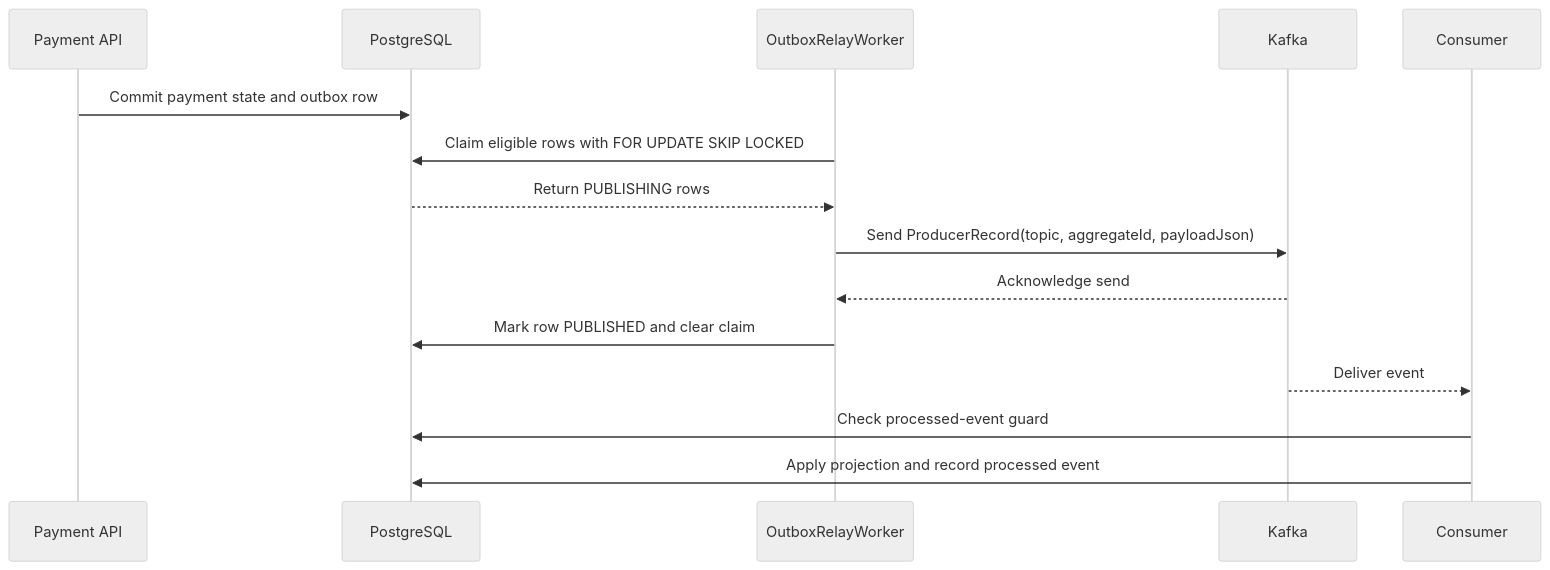
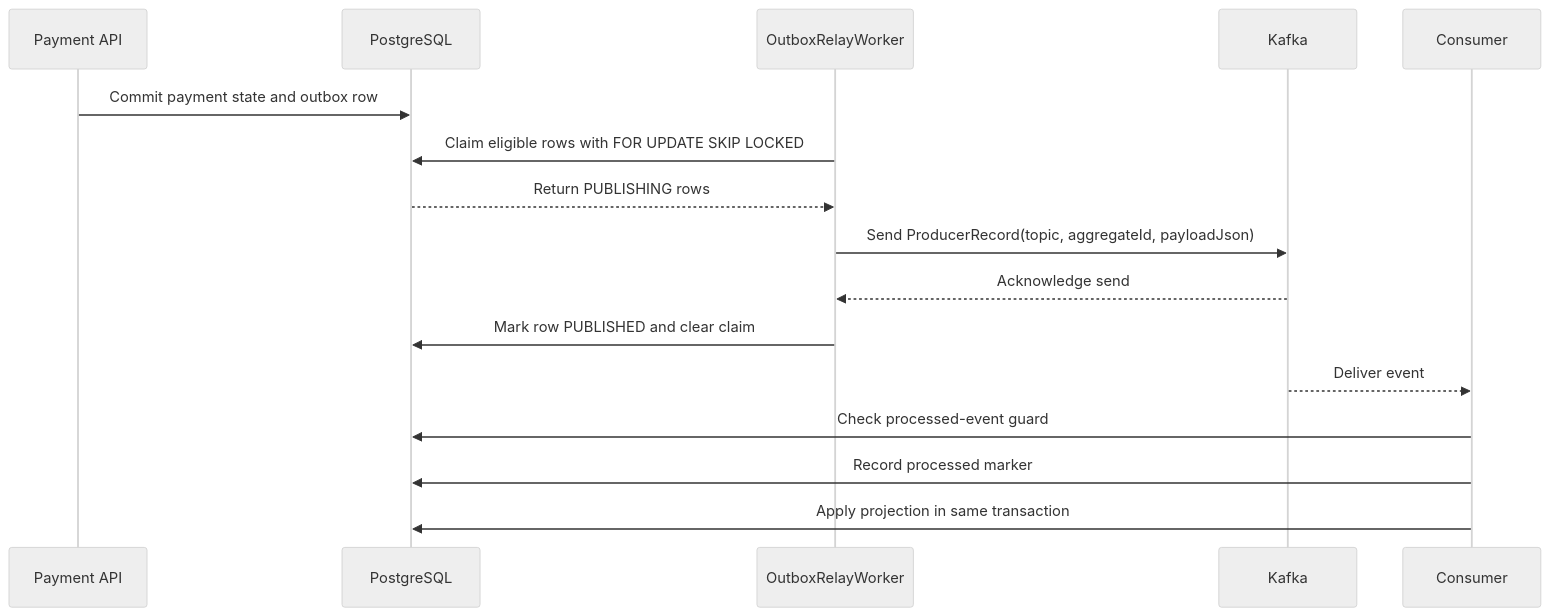
The second of 3 diagrams in docs/phase-6-messaging-and-event-apis.md (k4vrin/PaymentRiskPlatform), drawn with Mermaid (neutral theme) before and after one commit. The commit also changed other lines of this file and 22 other files, not shown here.

````diff
--- a/docs/phase-6-messaging-and-event-apis.md
+++ b/docs/phase-6-messaging-and-event-apis.md
@@ -67,18 +69,19 @@
 ```mermaid
 sequenceDiagram
     participant API as Payment API
     participant DB as PostgreSQL
     participant Relay as OutboxRelayWorker
     participant Kafka as Kafka
     participant Consumer as Consumer
 
     API->>DB: Commit payment state and outbox row
     Relay->>DB: Claim eligible rows with FOR UPDATE SKIP LOCKED
     DB-->>Relay: Return PUBLISHING rows
     Relay->>Kafka: Send ProducerRecord(topic, aggregateId, payloadJson)
     Kafka-->>Relay: Acknowledge send
     Relay->>DB: Mark row PUBLISHED and clear claim
     Kafka-->>Consumer: Deliver event
     Consumer->>DB: Check processed-event guard
-    Consumer->>DB: Apply projection and record processed event
+    Consumer->>DB: Record processed marker
+    Consumer->>DB: Apply projection in same transaction
 ```
````
